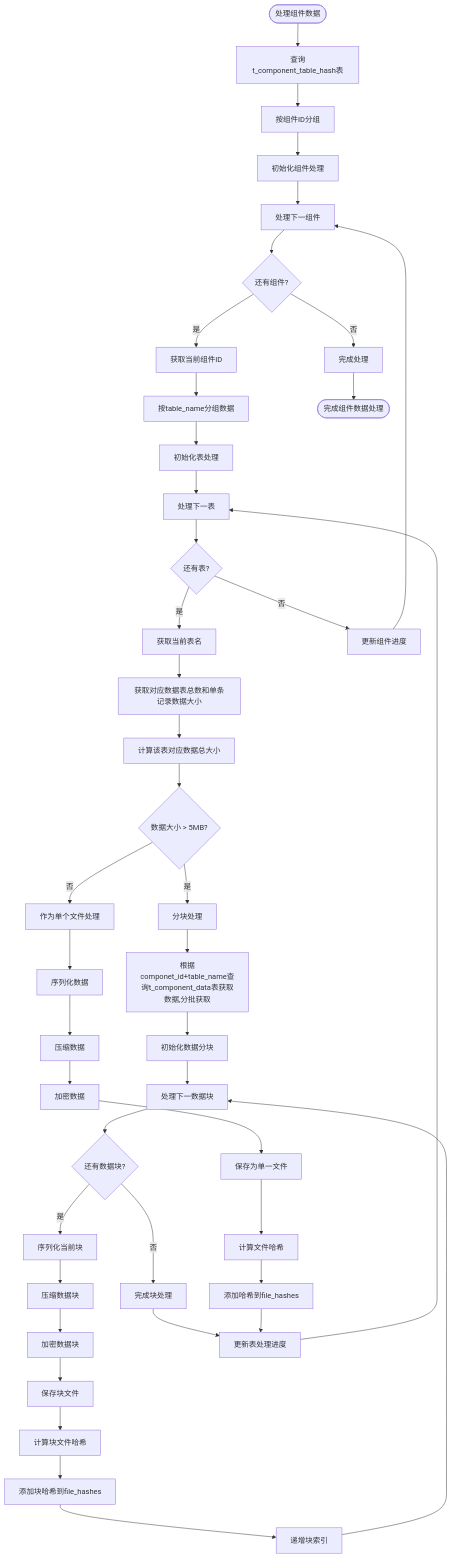
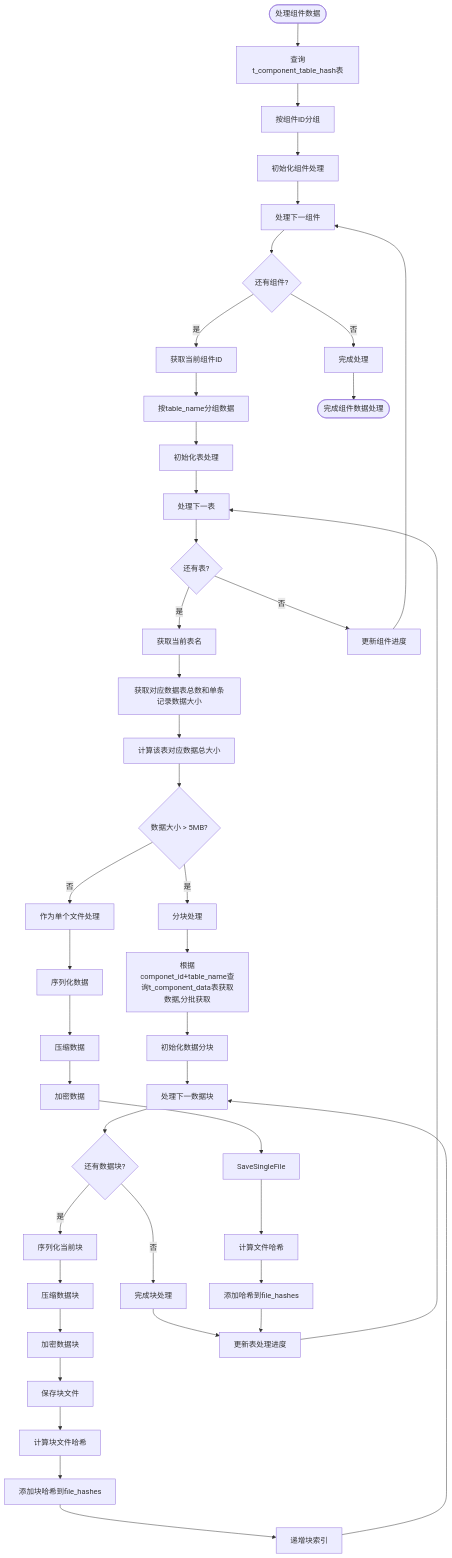
Before and after one commit to yingjianzh/iodraw-files: the diagram in all/未命名-56.md, drawn with Mermaid.

Commit message:
2025-05-12 14:38:13 update

````diff
--- a/all/未命名-56.md
+++ b/all/未命名-56.md
@@ -1,62 +1,62 @@
 ```mermaid
 
 flowchart TD
     Start([处理组件数据]) --> QueryDB[查询t_component_table_hash表]
     QueryDB --> GroupByComp[按组件ID分组]
     GroupByComp --> InitCompProcess[初始化组件处理]
     
     InitCompProcess --> ProcessNextComp[处理下一组件]
     ProcessNextComp --> MoreComps{还有组件?}
     MoreComps -->|否| CompleteProcess[完成处理]
     MoreComps -->|是| GetCompID[获取当前组件ID]
     
     GetCompID --> GroupByTable[按table_name分组数据]
     GroupByTable --> InitTableProcess[初始化表处理]
     
     InitTableProcess --> ProcessNextTable[处理下一表]
     ProcessNextTable --> MoreTables{还有表?}
 
     MoreTables -->|是| GetTableName[获取当前表名]
     MoreTables -->|否| UpdateCompProgress[更新组件进度]
     
     UpdateCompProgress --> ProcessNextComp
     
     GetTableName --> CheckDataSize[获取对应数据表总数和单条记录数据大小]
     CheckDataSize --> TotalSize[计算该表对应数据总大小]
 
     TotalSize --> DataSize{数据大小 > 5MB?}
    
     DataSize -->|否| ProcessSingleFile[作为单个文件处理]
     DataSize -->|是| ProcessMultipleChunks[分块处理]
 
     ProcessMultipleChunks --> QueryTableData[根据componet_id+table_name查询t_component_data表获取数据,分批获取]
     
     ProcessSingleFile --> SerializeData[序列化数据]
     SerializeData --> CompressData[压缩数据]
     CompressData --> EncryptData[加密数据]
-    EncryptData --> SaveSingleFile[保存为单一文件]
+    EncryptData --> 
     SaveSingleFile --> CalcFileHash[计算文件哈希]
     CalcFileHash --> AddToFileHashes[添加哈希到file_hashes]
 
     QueryTableData --> InitChunks[初始化数据分块]
     InitChunks --> ProcessNextChunk[处理下一数据块]
     
     ProcessNextChunk --> MoreChunks{还有数据块?}
     MoreChunks -->|否| CompleteChunks[完成块处理]
     MoreChunks -->|是| SerializeChunk[序列化当前块]
     
     SerializeChunk --> CompressChunk[压缩数据块]
     CompressChunk --> EncryptChunk[加密数据块]
     EncryptChunk --> SaveChunkFile[保存块文件]
     SaveChunkFile --> CalcChunkHash[计算块文件哈希]
     CalcChunkHash --> AddChunkHash[添加块哈希到file_hashes]
     AddChunkHash --> IncrementChunkIndex[递增块索引]
     IncrementChunkIndex --> ProcessNextChunk
     
     CompleteChunks --> UpdateTableProgress[更新表处理进度]
     AddToFileHashes --> UpdateTableProgress
     UpdateTableProgress --> ProcessNextTable
     
     CompleteProcess --> End([完成组件数据处理])
 
 ```
````
